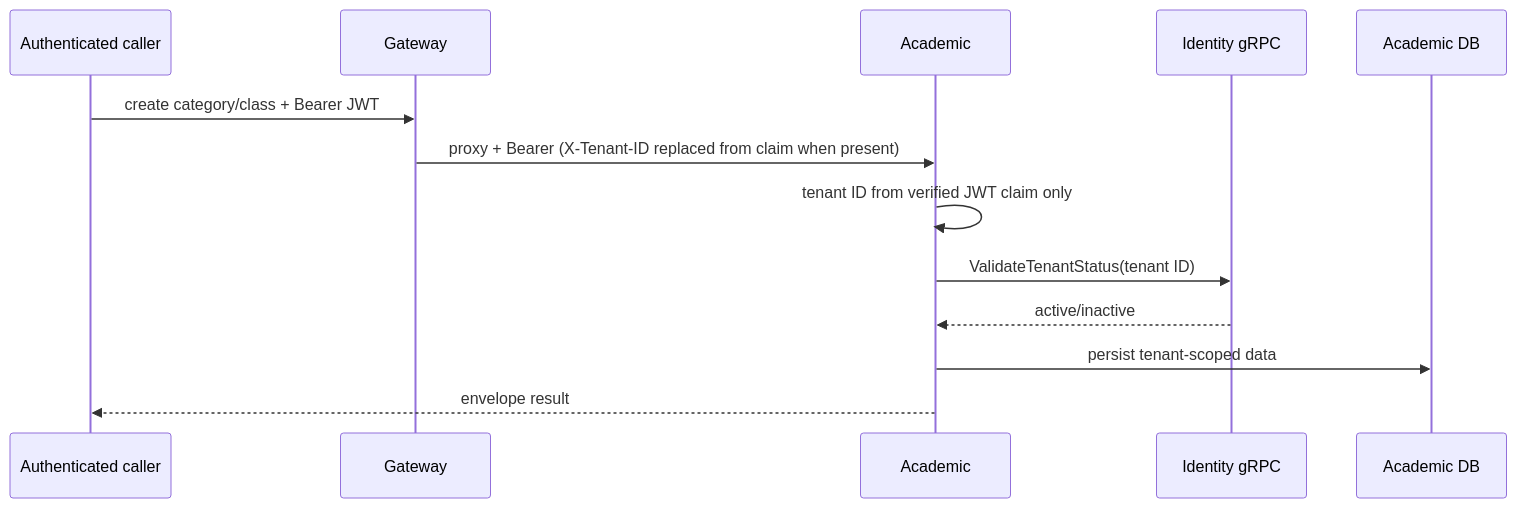
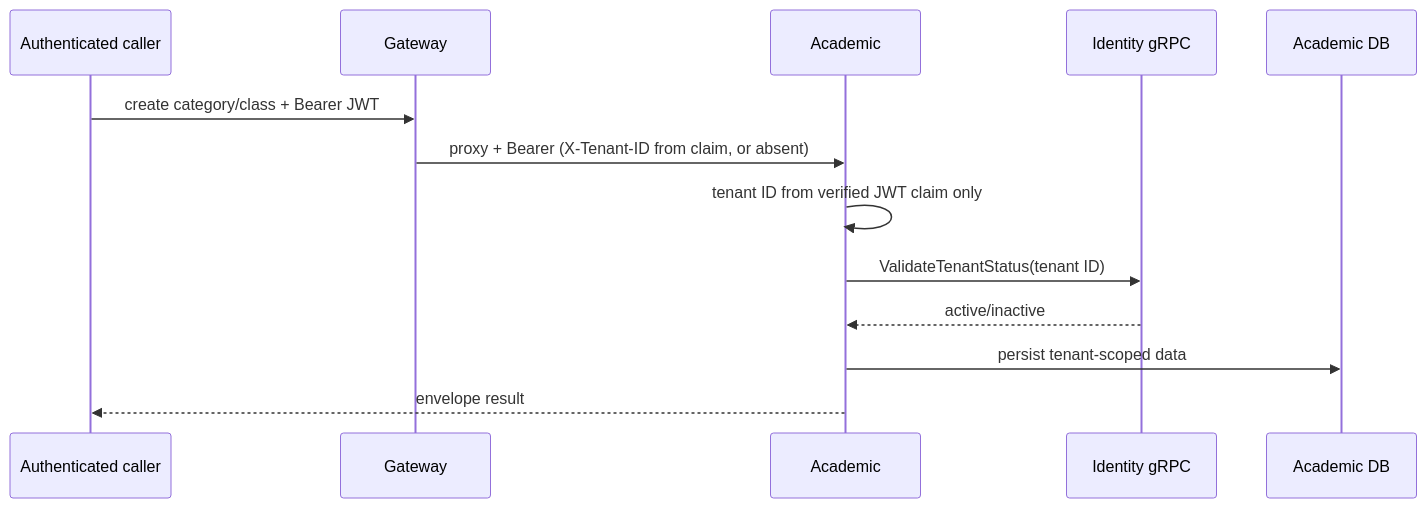
One commit to kelolakelas/kelolakelas-docs changed the first of 3 diagrams in docs/flows/academic.md. Above: the diagram before and after it, drawn with Mermaid. The commit also changed 14 other files, not shown here.

````diff
--- a/docs/flows/academic.md
+++ b/docs/flows/academic.md
@@ -3,15 +3,15 @@
 ```mermaid
 sequenceDiagram
   participant C as Authenticated caller
   participant G as Gateway
   participant A as Academic
   participant I as Identity gRPC
   participant DB as Academic DB
   C->>G: create category/class + Bearer JWT
-  G->>A: proxy + Bearer (X-Tenant-ID replaced from claim when present)
+  G->>A: proxy + Bearer (X-Tenant-ID from claim, or absent)
   A->>A: tenant ID from verified JWT claim only
   A->>I: ValidateTenantStatus(tenant ID)
   I-->>A: active/inactive
   A->>DB: persist tenant-scoped data
   A-->>C: envelope result
 ```
````
